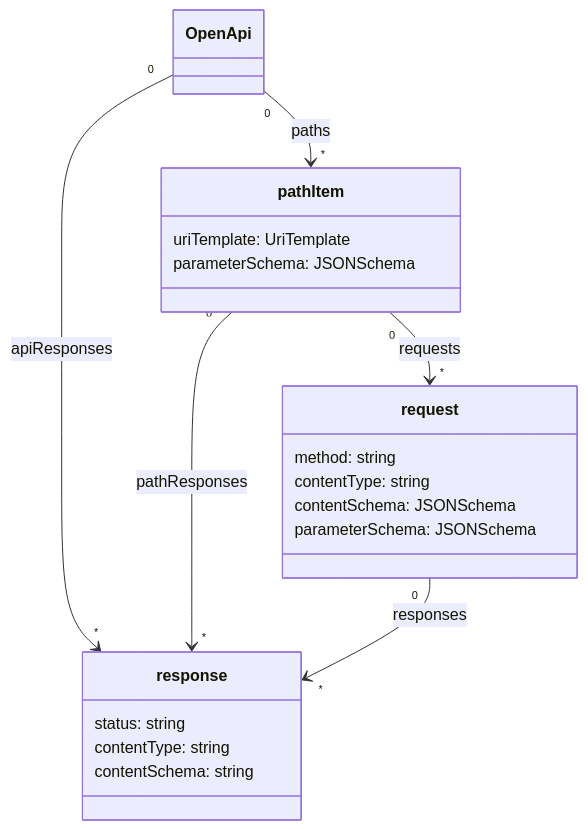
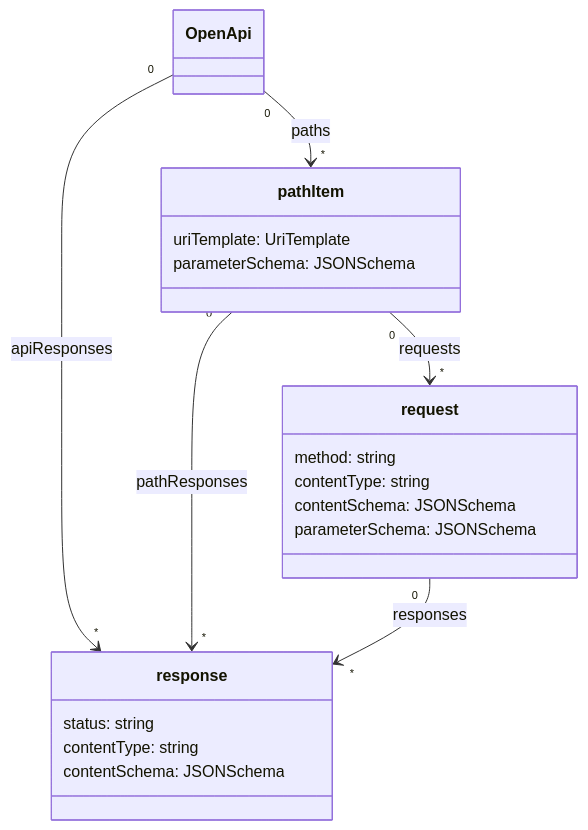
Before and after one commit to OAI/sig-moonwalk: the diagram in README.md, drawn with Mermaid.

Commit message:
Consistent type of contentSchema

````diff
--- a/README.md
+++ b/README.md
@@ -9,31 +9,31 @@
 ```mermaid
 classDiagram
   class OpenApi {
 
   }
   OpenApi "0" --> "*" pathItem:paths  
   OpenApi "0" --> "*" response:apiResponses
 
   class pathItem {
     uriTemplate: UriTemplate
     parameterSchema: JSONSchema
   }
   pathItem "0" --> "*" request:requests
   pathItem "0" --> "*" response:pathResponses
 
   class request {
     method: string
     contentType: string
     contentSchema: JSONSchema
     parameterSchema: JSONSchema
   }
   request "0" --> "*" response:responses
 
   class response {
     status: string
     contentType: string
-    contentSchema: string
+    contentSchema: JSONSchema
   }  
 
 
 ```
````
